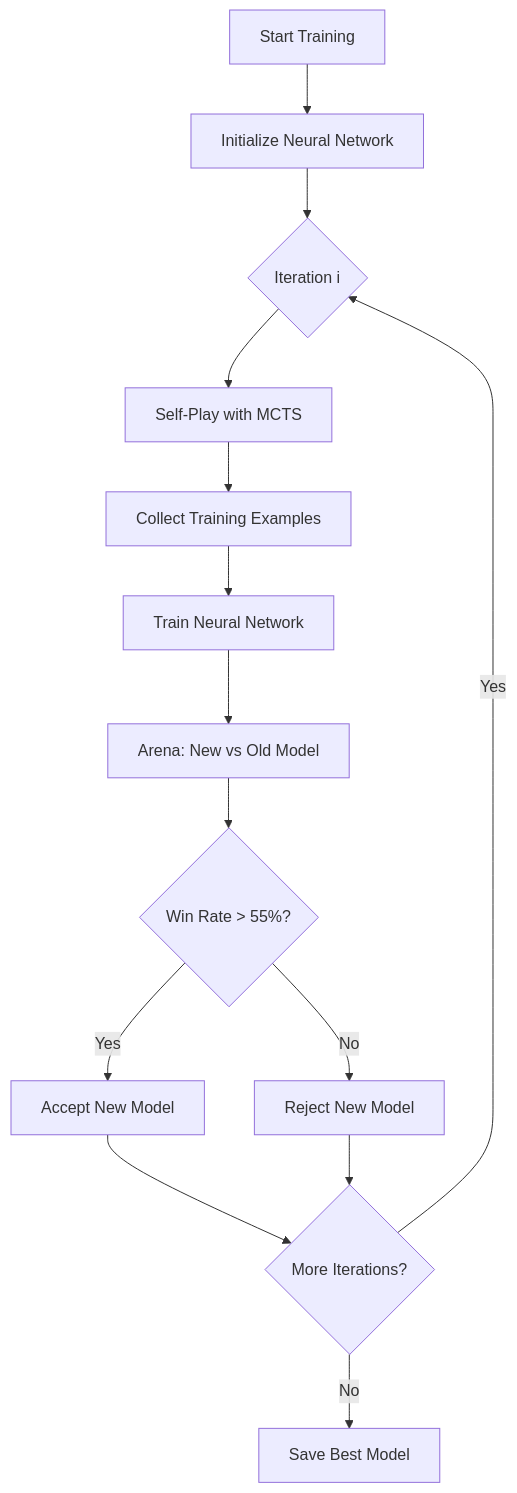
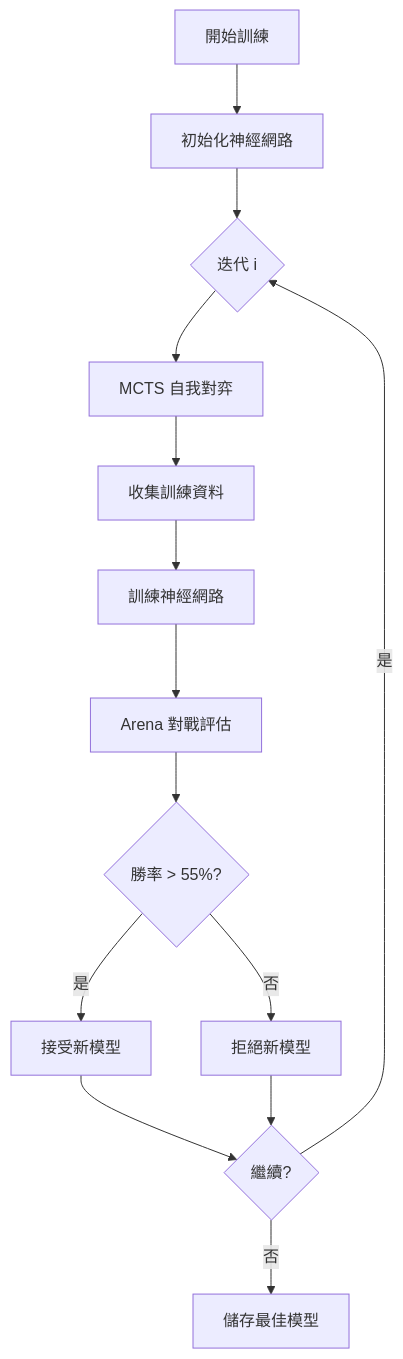
Before and after one commit to ronchen0927/alpha-zero-general: the first of 2 diagrams in minishogi/README.md, drawn with Mermaid. The commit also changed other lines of this file and 3 other files, not shown here.

````diff
--- a/minishogi/README.md
+++ b/minishogi/README.md
@@ -50,16 +101,16 @@
 ```mermaid
 flowchart TD
-    A[Start Training] --> B[Initialize Neural Network]
-    B --> C{Iteration i}
-    C --> D[Self-Play with MCTS]
-    D --> E[Collect Training Examples]
-    E --> F[Train Neural Network]
-    F --> G[Arena: New vs Old Model]
-    G --> H{Win Rate > 55%?}
-    H -->|Yes| I[Accept New Model]
-    H -->|No| J[Reject New Model]
-    I --> K{More Iterations?}
+    A[開始訓練] --> B[初始化神經網路]
+    B --> C{迭代 i}
+    C --> D[MCTS 自我對弈]
+    D --> E[收集訓練資料]
+    E --> F[訓練神經網路]
+    F --> G[Arena 對戰評估]
+    G --> H{勝率 > 55%?}
+    H -->|是| I[接受新模型]
+    H -->|否| J[拒絕新模型]
+    I --> K{繼續?}
     J --> K
-    K -->|Yes| C
-    K -->|No| L[Save Best Model]
+    K -->|是| C
+    K -->|否| L[儲存最佳模型]
 ```
````
